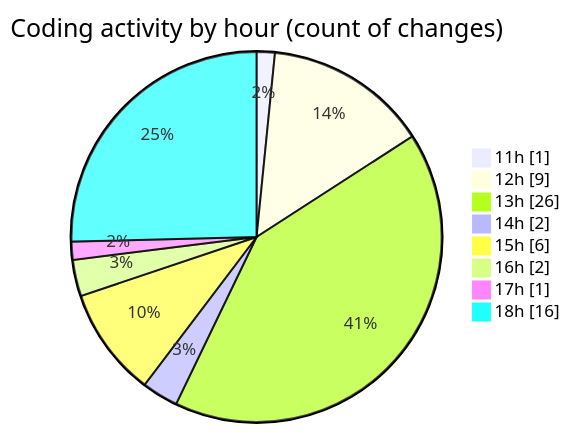
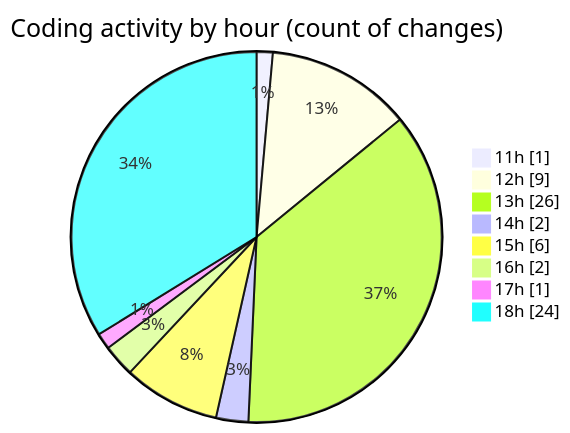
One commit to nxtqubesakshisongat/code-tracking changed the second of 2 diagrams in 2025-11-04/nxtqube_webapp/README.md. Above: the diagram before and after it, drawn with Mermaid. The commit also changed other lines of this file and 1 other file, not shown here.

````diff
--- a/2025-11-04/nxtqube_webapp/README.md
+++ b/2025-11-04/nxtqube_webapp/README.md
@@ -32,12 +33,12 @@
 ```mermaid
 pie showData
 title Coding activity by hour (count of changes)
 "11h" : 1
 "12h" : 9
 "13h" : 26
 "14h" : 2
 "15h" : 6
 "16h" : 2
 "17h" : 1
-"18h" : 16
+"18h" : 24
 ```
````
